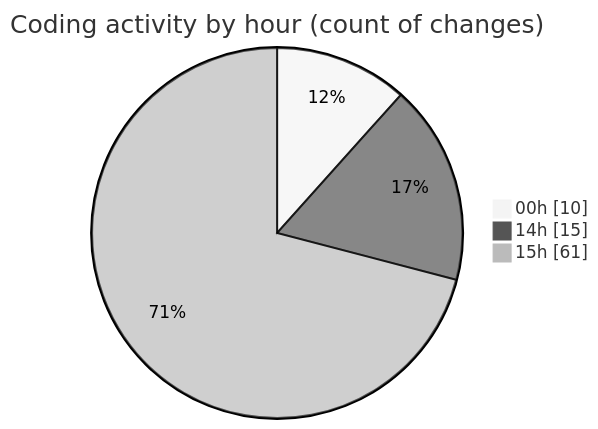
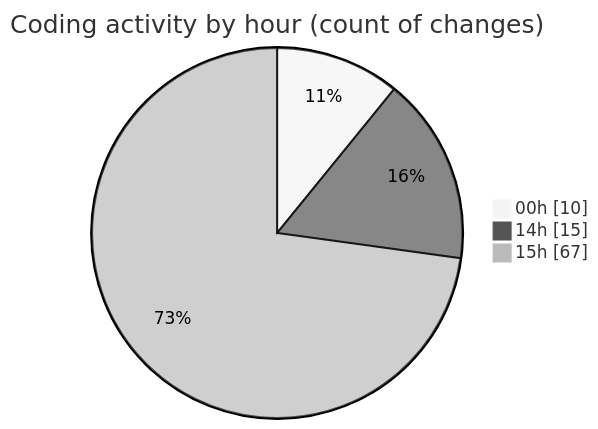
Before and after one commit to Netris89/code-tracking: the second of 2 diagrams in 2025-04-07/echo/README.md, drawn with Mermaid (neutral theme). The commit also changed other lines of this file and 1 other file, not shown here.

````diff
--- a/2025-04-07/echo/README.md
+++ b/2025-04-07/echo/README.md
@@ -39,7 +39,7 @@
 ```mermaid
 pie showData
 title Coding activity by hour (count of changes)
 "00h" : 10
 "14h" : 15
-"15h" : 61
+"15h" : 67
 ```
````
